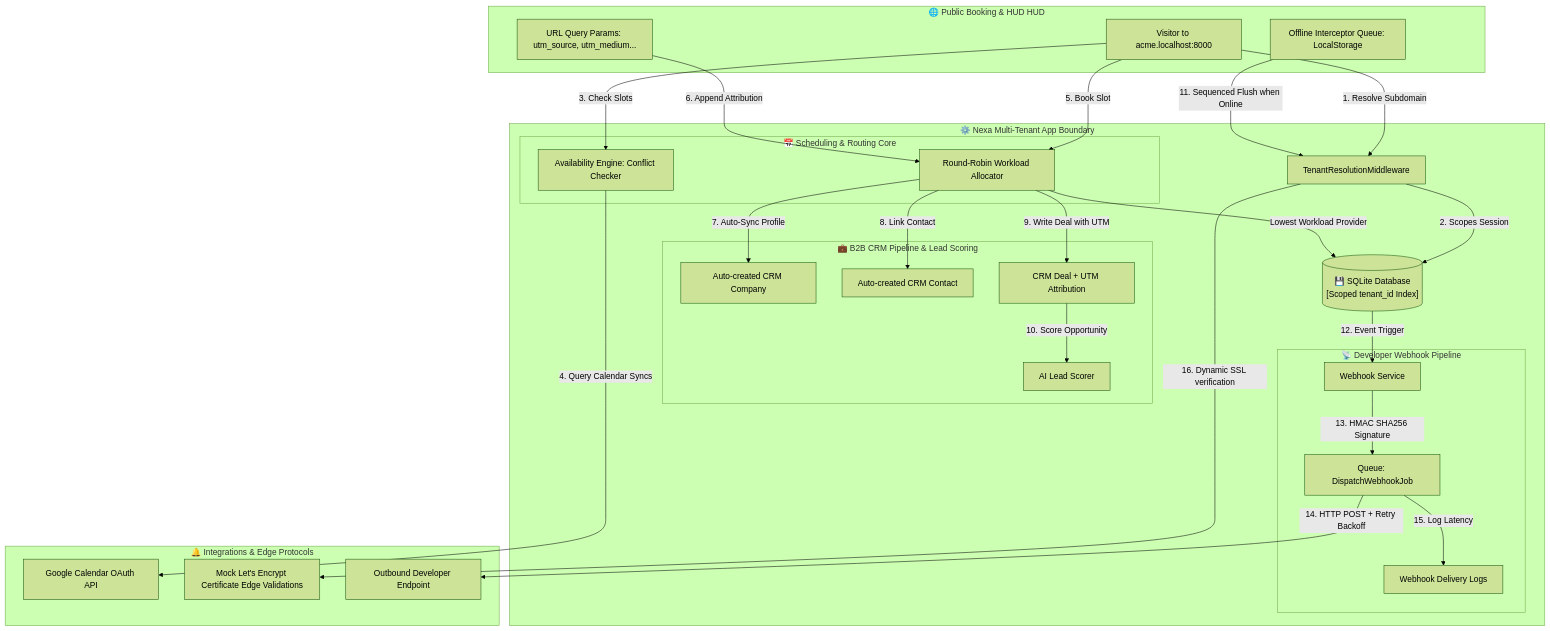
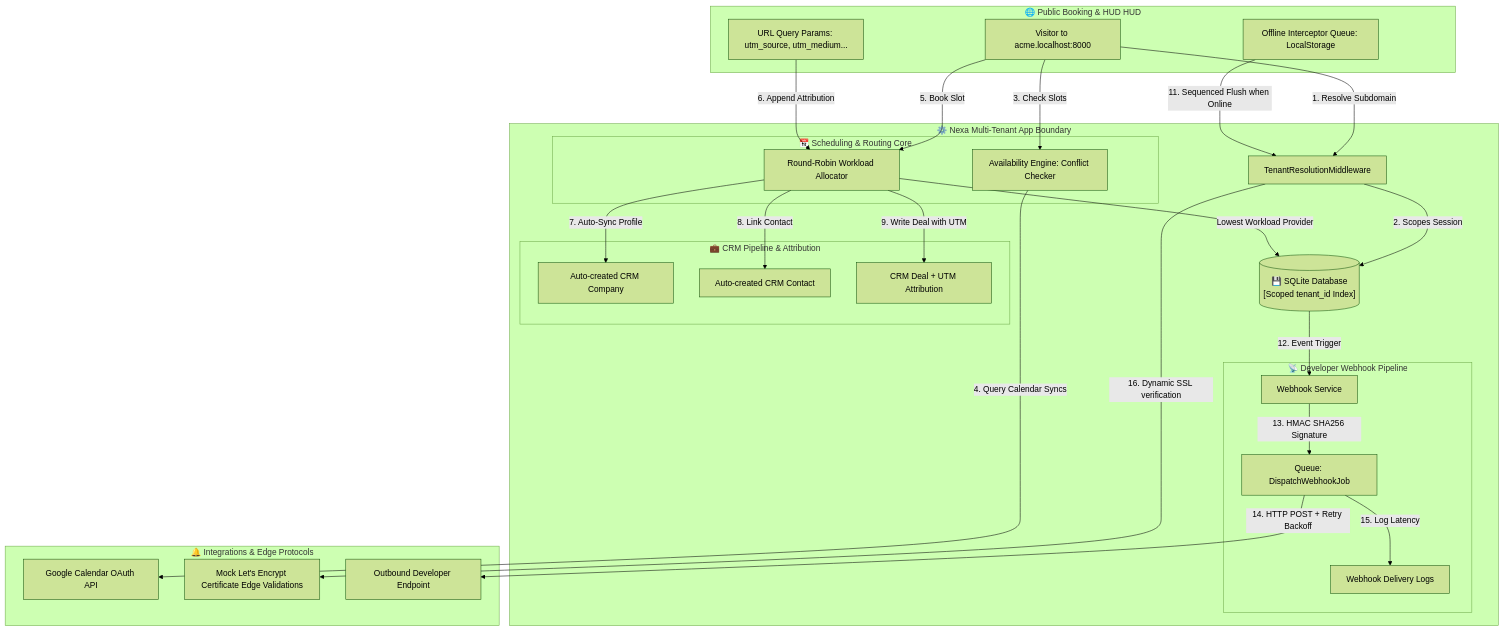
The diagram in README.md (Hubrisdog/nexa), drawn with Mermaid (forest theme) before and after one commit. The commit also changed other lines of this file, not shown here.

````diff
--- a/README.md
+++ b/README.md
@@ -62,70 +99,68 @@
 ```mermaid
 flowchart TD
     subgraph ClientLayer["🌐 Public Booking & HUD HUD"]
         A[Visitor to acme.localhost:8000]
         U[URL Query Params: utm_source, utm_medium...]
         O[Offline Interceptor Queue: LocalStorage]
     end
 
     subgraph AppBoundary["⚙️ Nexa Multi-Tenant App Boundary"]
         B[TenantResolutionMiddleware]
         
         subgraph SchedulingEngine["📅 Scheduling & Routing Core"]
             AE[Availability Engine: Conflict Checker]
             RR[Round-Robin Workload Allocator]
         end
 
-        subgraph CRM["💼 B2B CRM Pipeline & Lead Scoring"]
+        subgraph CRM["💼 CRM Pipeline & Attribution"]
             C[Auto-created CRM Company]
             D[Auto-created CRM Contact]
             E[CRM Deal + UTM Attribution]
-            S[AI Lead Scorer]
         end
 
         db[("💾 SQLite Database <br> [Scoped tenant_id Index]")]
         
         subgraph DeveloperWebhooks["📡 Developer Webhook Pipeline"]
             WS[Webhook Service]
             QJ[Queue: DispatchWebhookJob]
             WL[Webhook Delivery Logs]
         end
     end
 
     subgraph External["🔔 Integrations & Edge Protocols"]
         G[Google Calendar OAuth API]
         LE[Mock Let's Encrypt Certificate Edge Validations]
         R[Outbound Developer Endpoint]
     end
 
     %% Routing
     A -->|1. Resolve Subdomain| B
     B -->|2. Scopes Session| db
     
     %% Booking wizard
     A -->|3. Check Slots| AE
     AE -->|4. Query Calendar Syncs| G
     
     A -->|5. Book Slot| RR
     U -->|6. Append Attribution| RR
     
     %% Round-Robin workload selection
     RR -->|Lowest Workload Provider| db
     
     %% CRM and Attribution
     RR -->|7. Auto-Sync Profile| C
     RR -->|8. Link Contact| D
     RR -->|9. Write Deal with UTM| E
-    E -->|10. Score Opportunity| S
     
     %% Offline Syncing
     O -->|11. Sequenced Flush when Online| B
     
     %% Outbound Webhooks
     db -->|12. Event Trigger| WS
     WS -->|13. HMAC SHA256 Signature| QJ
     QJ -->|14. HTTP POST + Retry Backoff| R
     QJ -->|15. Log Latency| WL
     
     %% SSL Provisioning
     B -->|16. Dynamic SSL verification| LE
 ```
````
